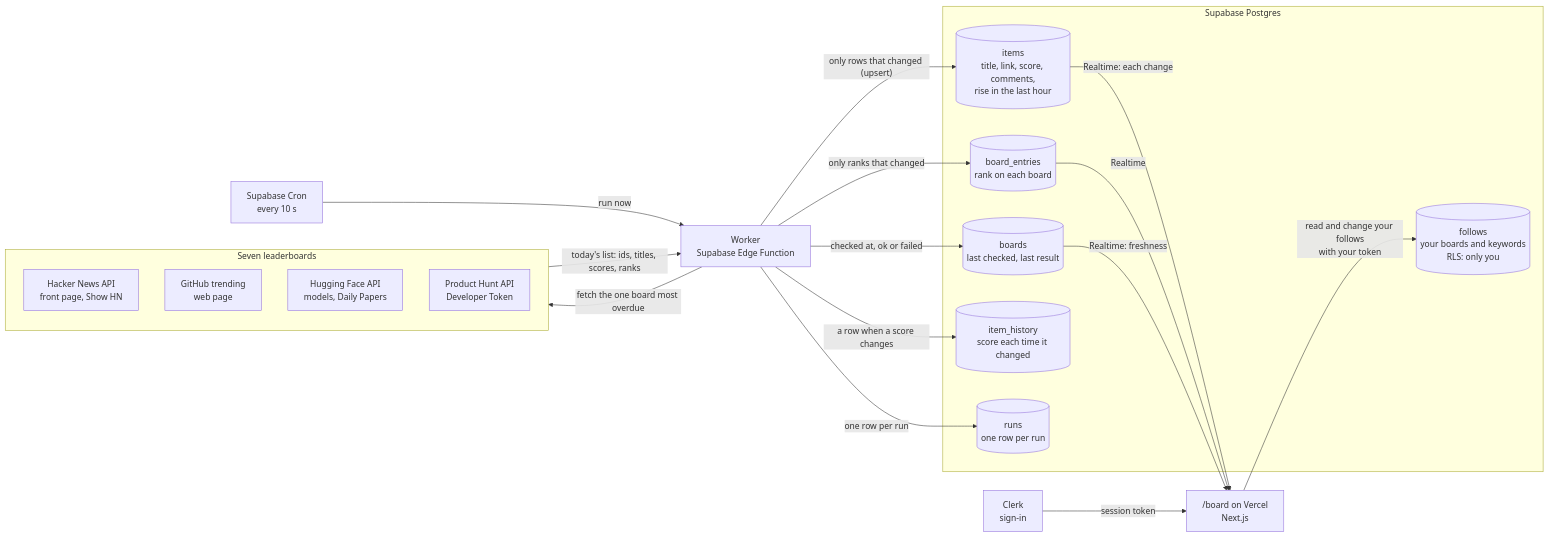
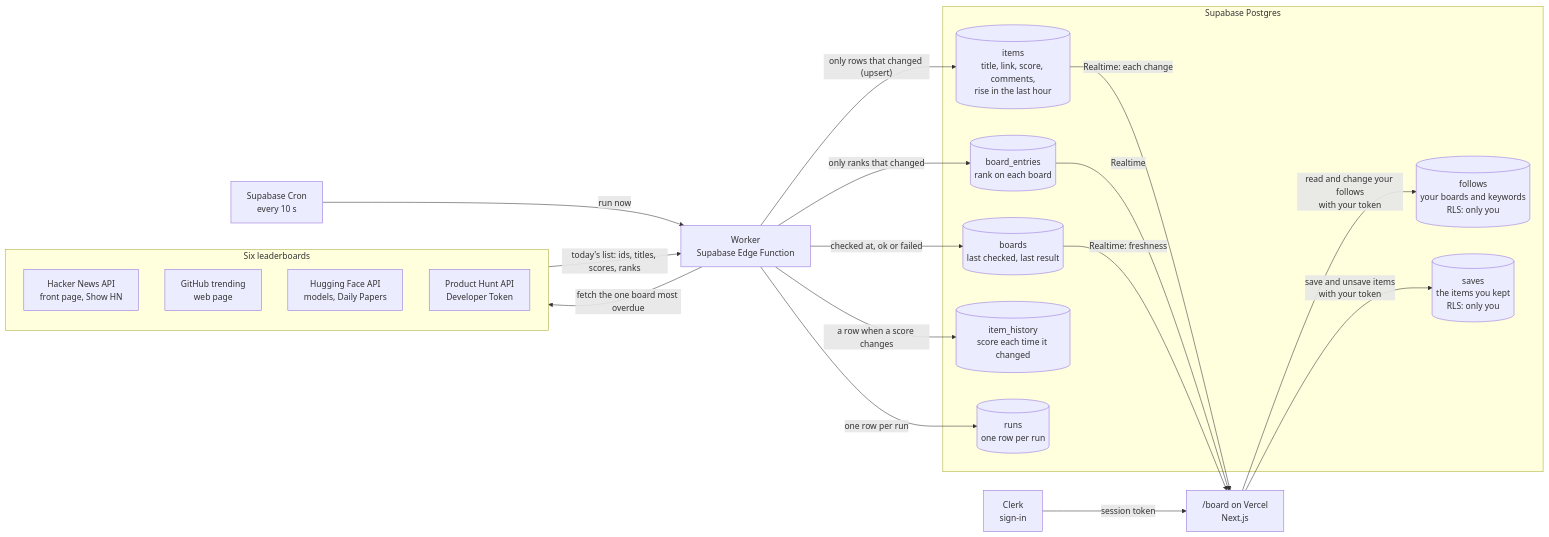
One commit to jessieyiqichen/dbs-a5 changed the diagram in docs/data-flow.md. Above: the diagram before and after it, drawn with Mermaid. The commit also changed other lines of this file and 18 other files, not shown here.

````diff
--- a/docs/data-flow.md
+++ b/docs/data-flow.md
@@ -5,34 +5,36 @@
 ```mermaid
 flowchart LR
-    subgraph Sources["Seven leaderboards"]
+    subgraph Sources["Six leaderboards"]
         HN["Hacker News API<br>front page, Show HN"]
         GH["GitHub trending<br>web page"]
         HF["Hugging Face API<br>models, Daily Papers"]
         PH["Product Hunt API<br>Developer Token"]
     end
 
     Cron["Supabase Cron<br>every 10 s"] -->|"run now"| W["Worker<br>Supabase Edge Function"]
     W -->|"fetch the one board most overdue"| Sources
     Sources -->|"today's list: ids, titles, scores, ranks"| W
 
     subgraph DB["Supabase Postgres"]
         boards[("boards<br>last checked, last result")]
         items[("items<br>title, link, score, comments,<br>rise in the last hour")]
         entries[("board_entries<br>rank on each board")]
         history[("item_history<br>score each time it changed")]
         runs[("runs<br>one row per run")]
         follows[("follows<br>your boards and keywords<br>RLS: only you")]
+        saves[("saves<br>the items you kept<br>RLS: only you")]
     end
 
     W -->|"only rows that changed (upsert)"| items
     W -->|"only ranks that changed"| entries
     W -->|"a row when a score changes"| history
     W -->|"checked at, ok or failed"| boards
     W -->|"one row per run"| runs
 
     Clerk["Clerk<br>sign-in"] -->|"session token"| Page["/board on Vercel<br>Next.js"]
     Page -->|"read and change your follows<br>with your token"| follows
+    Page -->|"save and unsave items<br>with your token"| saves
     items -->|"Realtime: each change"| Page
     entries -->|"Realtime"| Page
     boards -->|"Realtime: freshness"| Page
 ```
````
